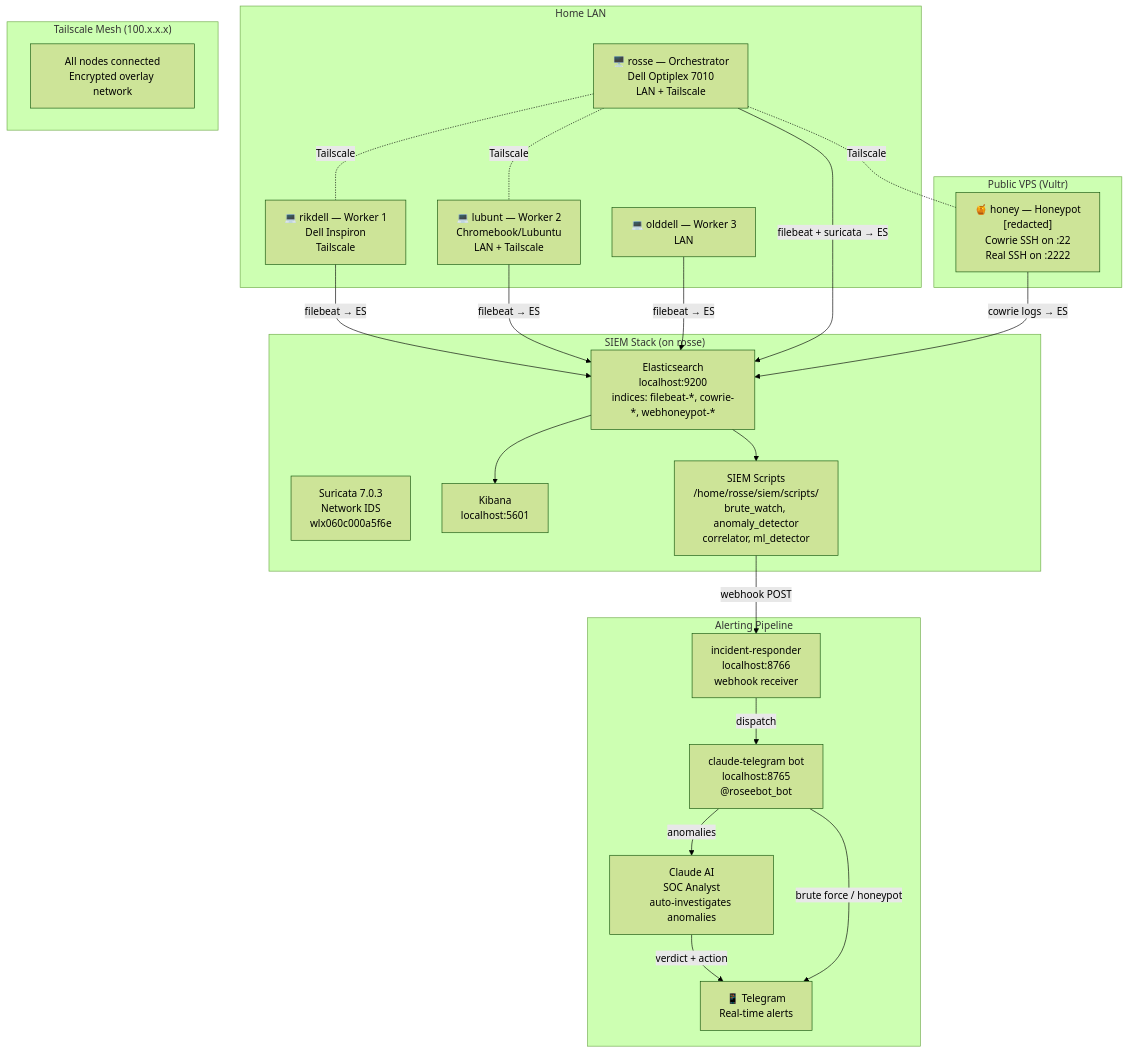
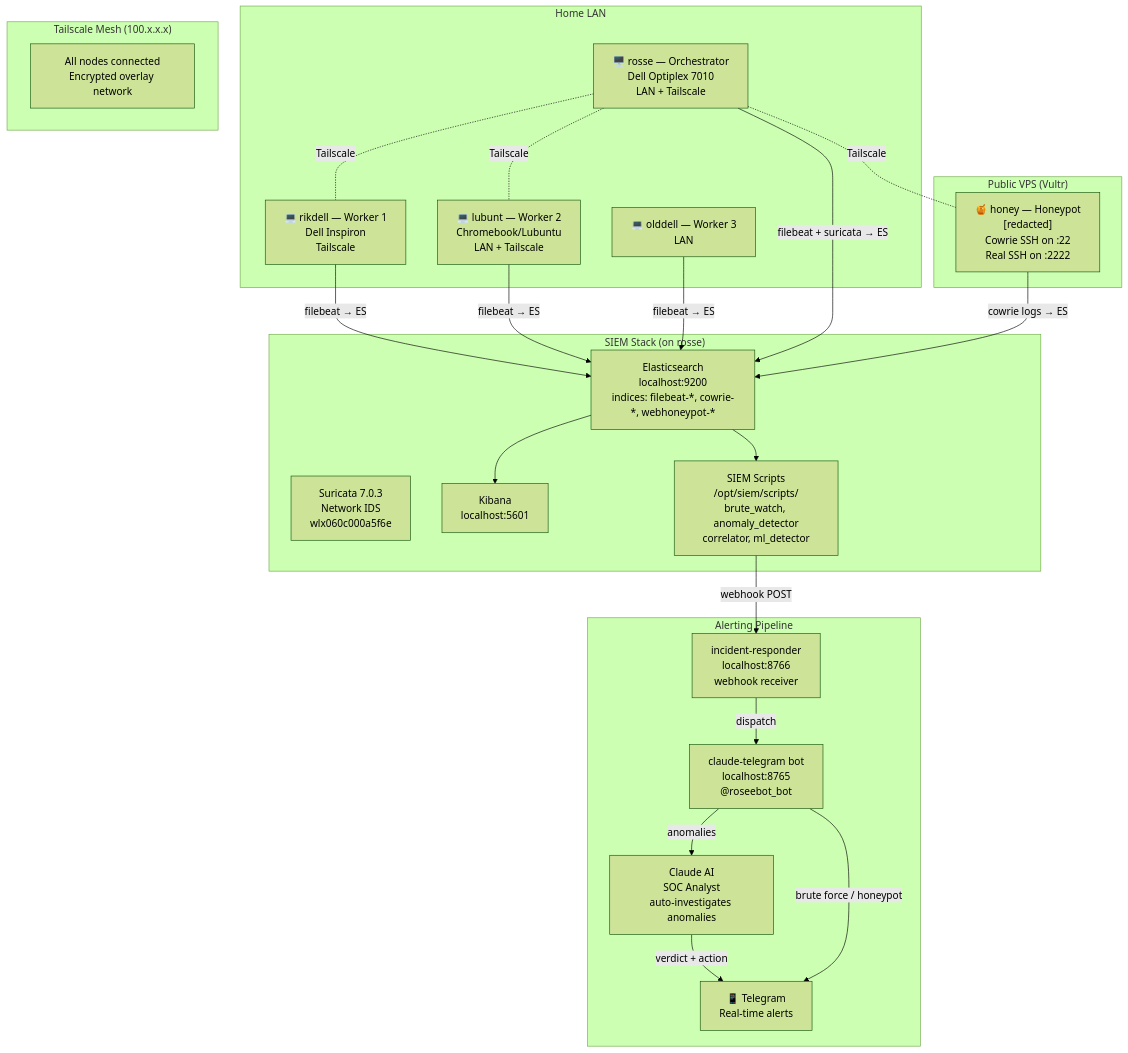
The diagram in ARCHITECTURE.md (ErikEllis-git/homelab-siem), drawn with Mermaid (forest theme) before and after one commit. The commit also changed 18 other files, not shown here.

````diff
--- a/ARCHITECTURE.md
+++ b/ARCHITECTURE.md
@@ -5,54 +5,54 @@
 ```mermaid
 graph TD
     subgraph LAN ["Home LAN"]
         rosse["🖥️ rosse — Orchestrator\nDell Optiplex 7010\nLAN + Tailscale"]
         rikdell["💻 rikdell — Worker 1\nDell Inspiron\nTailscale"]
         lubunt["💻 lubunt — Worker 2\nChromebook/Lubuntu\nLAN + Tailscale"]
         olddell["💻 olddell — Worker 3\nLAN"]
     end
 
     subgraph VPS ["Public VPS (Vultr)"]
         honey["🍯 honey — Honeypot\n[redacted]\nCowrie SSH on :22\nReal SSH on :2222"]
     end
 
     subgraph Tailscale ["Tailscale Mesh (100.x.x.x)"]
         ts_note["All nodes connected\nEncrypted overlay network"]
     end
 
     subgraph SIEM ["SIEM Stack (on rosse)"]
         suricata["Suricata 7.0.3\nNetwork IDS\nwlx060c000a5f6e"]
         es["Elasticsearch\nlocalhost:9200\nindices: filebeat-*, cowrie-*, webhoneypot-*"]
         kibana["Kibana\nlocalhost:5601"]
-        scripts["SIEM Scripts\n/home/rosse/siem/scripts/\nbrute_watch, anomaly_detector\ncorrelator, ml_detector"]
+        scripts["SIEM Scripts\n/opt/siem/scripts/\nbrute_watch, anomaly_detector\ncorrelator, ml_detector"]
     end
 
     subgraph Alerting ["Alerting Pipeline"]
         ir["incident-responder\nlocalhost:8766\nwebhook receiver"]
         bot["claude-telegram bot\nlocalhost:8765\n@roseebot_bot"]
         claude["Claude AI\nSOC Analyst\nauto-investigates anomalies"]
         tg["📱 Telegram\nReal-time alerts"]
     end
 
     %% Filebeat ships logs to ES
     rikdell -- "filebeat → ES" --> es
     lubunt -- "filebeat → ES" --> es
     olddell -- "filebeat → ES" --> es
     rosse -- "filebeat + suricata → ES" --> es
     honey -- "cowrie logs → ES" --> es
 
     %% Kibana reads ES
     es --> kibana
 
     %% SIEM scripts query ES and fire webhooks
     es --> scripts
     scripts -- "webhook POST" --> ir
     ir -- "dispatch" --> bot
     bot -- "anomalies" --> claude
     claude -- "verdict + action" --> tg
     bot -- "brute force / honeypot" --> tg
 
     %% Tailscale connects everything
     rosse -. "Tailscale" .- rikdell
     rosse -. "Tailscale" .- lubunt
     rosse -. "Tailscale" .- honey
 ```
````
